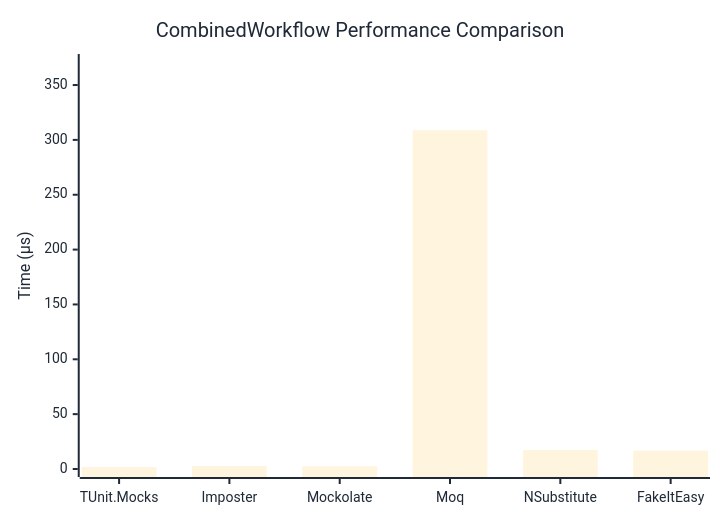
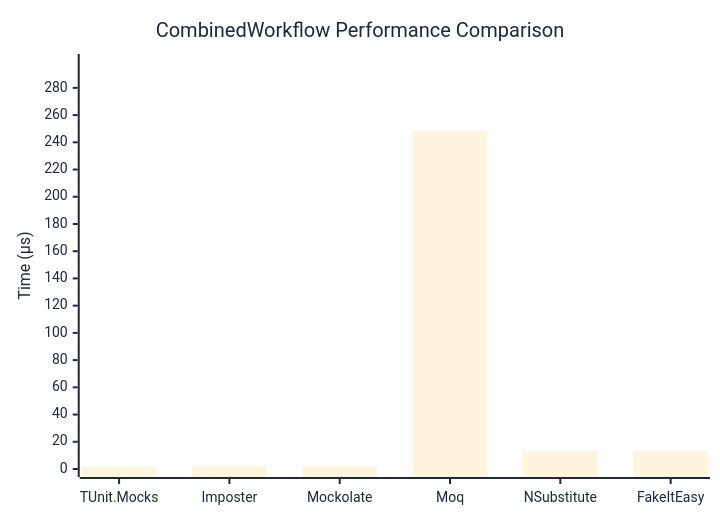
One commit to thomhurst/TUnit changed the diagram in docs/docs/benchmarks/mocks/CombinedWorkflow.md. Above: the diagram before and after it, drawn with Mermaid. The commit also changed other lines of this file and 14 other files, not shown here.

````diff
--- a/docs/docs/benchmarks/mocks/CombinedWorkflow.md
+++ b/docs/docs/benchmarks/mocks/CombinedWorkflow.md
@@ -28,27 +28,27 @@
 ```mermaid
 %%{init: {
   'theme':'base',
   'themeVariables': {
     'primaryColor': '#2563eb',
     'primaryTextColor': '#1f2937',
     'primaryBorderColor': '#1e40af',
     'lineColor': '#6b7280',
     'secondaryColor': '#7c3aed',
     'tertiaryColor': '#dc2626',
     'background': '#ffffff',
     'pie1': '#2563eb',
     'pie2': '#7c3aed',
     'pie3': '#dc2626',
     'pie4': '#f59e0b',
     'pie5': '#10b981',
     'pie6': '#06b6d4',
     'pie7': '#ec4899',
     'pie8': '#6366f1'
   }
 }}%%
 xychart-beta
   title "CombinedWorkflow Performance Comparison"
   x-axis ["TUnit.Mocks", "Imposter", "Mockolate", "Moq", "NSubstitute", "FakeItEasy"]
-  y-axis "Time (μs)" 0 --> 371
-  bar [1.781, 2.683, 2.476, 308.809, 17.382, 16.731]
+  y-axis "Time (μs)" 0 --> 299
+  bar [1.469, 2.447, 2.233, 248.861, 13.306, 13.817]
 ```
````
